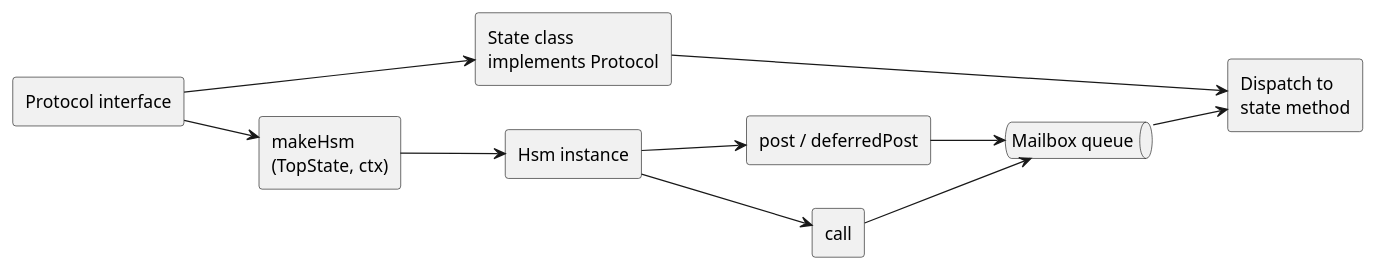
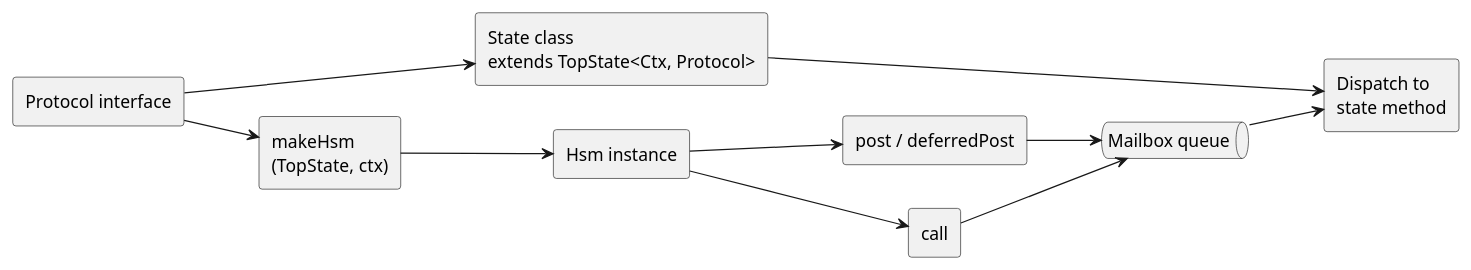
The second of 2 diagrams in reference/REFERENCE.md (filasieno/ihsm), drawn with PlantUML before and after one commit. The commit also changed other lines of this file and 68 other files, not shown here.

````diff
--- a/reference/REFERENCE.md
+++ b/reference/REFERENCE.md
@@ -579,22 +587,22 @@
 ```plantuml
 @startuml
 left to right direction
 rectangle "Protocol interface" as P
-rectangle "State class\nimplements Protocol" as S
+rectangle "State class\nextends TopState<Ctx, Protocol>" as S
 rectangle "makeHsm\n(TopState, ctx)" as F
 rectangle "Hsm instance" as H
 rectangle "post / deferredPost" as post
 rectangle "call" as call
 queue "Mailbox queue" as Q
 rectangle "Dispatch to\nstate method" as D
 P --> S
 P --> F
 F --> H
 H --> post
 H --> call
 post --> Q
 call --> Q
 Q --> D
 S --> D
 @enduml
 ```
````
